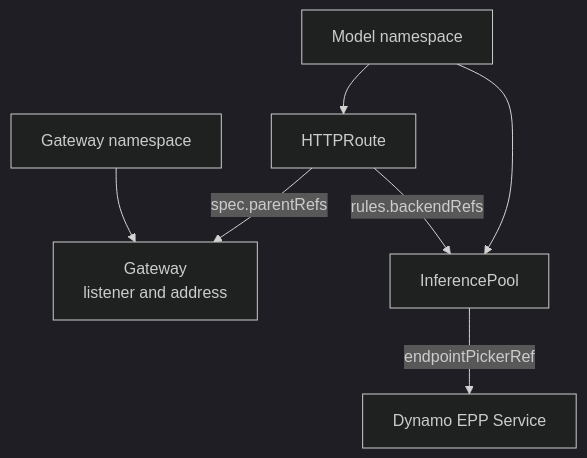
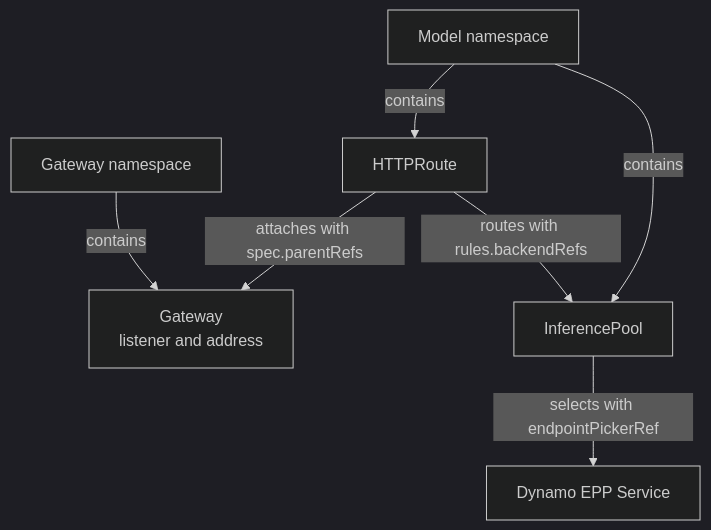
One commit to Nicoh25/dynamo changed the second of 2 diagrams in docs/kubernetes/gateway-api/README.mdx. Above: the diagram before and after it, drawn with Mermaid (dark theme). The commit also changed other lines of this file, not shown here.

````diff
--- a/docs/kubernetes/gateway-api/README.mdx
+++ b/docs/kubernetes/gateway-api/README.mdx
@@ -98,9 +98,9 @@
 ```mermaid
 flowchart TB
-    GatewayNS["Gateway namespace"] --> Gateway["Gateway<br/>listener and address"]
-    ModelNS["Model namespace"] --> Route["HTTPRoute"]
-    ModelNS --> Pool["InferencePool"]
-    Route -->|"spec.parentRefs"| Gateway
-    Route -->|"rules.backendRefs"| Pool
-    Pool -->|"endpointPickerRef"| EPP["Dynamo EPP Service"]
+    GatewayNS["Gateway namespace"] -->|"contains"| Gateway["Gateway<br/>listener and address"]
+    ModelNS["Model namespace"] -->|"contains"| Route["HTTPRoute"]
+    ModelNS -->|"contains"| Pool["InferencePool"]
+    Route -->|"attaches with spec.parentRefs"| Gateway
+    Route -->|"routes with rules.backendRefs"| Pool
+    Pool -->|"selects with endpointPickerRef"| EPP["Dynamo EPP Service"]
 ```
````
